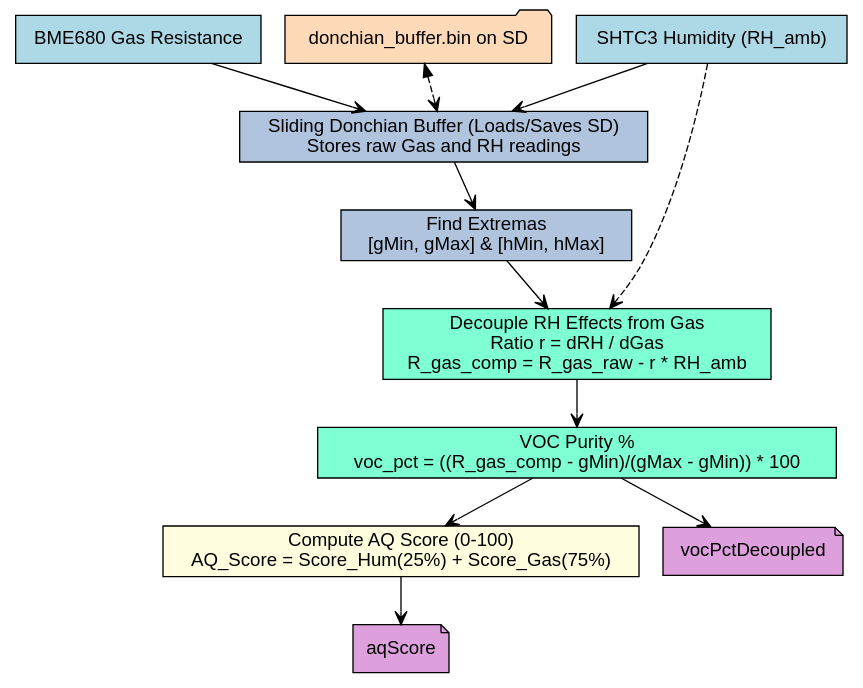
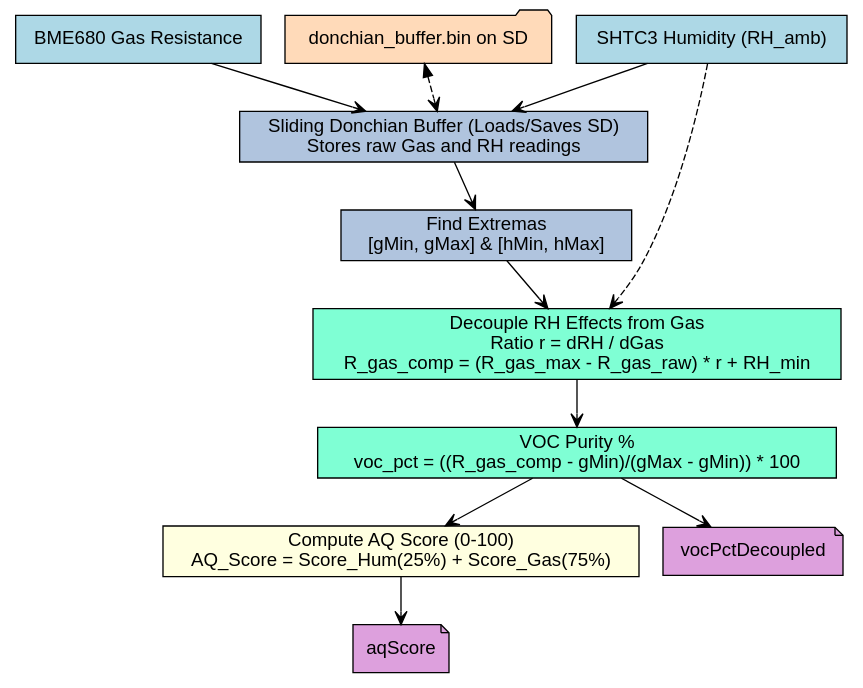
The diagram in docs/diagrams/cityairq_algo3_voc_aq.dot (Pollution-tracking/EnvSensor-firmware), drawn with Graphviz before and after one commit. The commit also changed 29 other files, not shown here.

Commit message:
docs: update README and all diagrams, update gitignore

```diff
--- a/docs/diagrams/cityairq_algo3_voc_aq.dot
+++ b/docs/diagrams/cityairq_algo3_voc_aq.dot
@@ -1,33 +1,33 @@
 digraph Algo3VocAQ {
     rankdir=TB;
     node [shape=box, style=filled, fontname="Helvetica"];
     edge [fontname="Helvetica", arrowhead=vee];
 
     // Inputs
     gas_raw [label="BME680 Gas Resistance", fillcolor="lightblue"];
     rh_amb [label="SHTC3 Humidity (RH_amb)", fillcolor="lightblue"];
     sd_file [label="donchian_buffer.bin on SD", shape=folder, fillcolor="peachpuff"];
 
     // Steps
     buffer_manage [label="Sliding Donchian Buffer (Loads/Saves SD)\nStores raw Gas and RH readings", fillcolor="lightsteelblue"];
     find_extrema [label="Find Extremas\n[gMin, gMax] & [hMin, hMax]", fillcolor="lightsteelblue"];
-    decouple_humidity [label="Decouple RH Effects from Gas\nRatio r = dRH / dGas\nR_gas_comp = R_gas_raw - r * RH_amb", fillcolor="aquamarine"];
+    decouple_humidity [label="Decouple RH Effects from Gas\nRatio r = dRH / dGas\nR_gas_comp = (R_gas_max - R_gas_raw) * r + RH_min", fillcolor="aquamarine"];
     calc_voc [label="VOC Purity %\nvoc_pct = ((R_gas_comp - gMin)/(gMax - gMin)) * 100", fillcolor="aquamarine"];
     calc_aq [label="Compute AQ Score (0-100)\nAQ_Score = Score_Hum(25%) + Score_Gas(75%)", fillcolor="lightyellow"];
 
     // Outputs
     voc_out [label="vocPctDecoupled", shape=note, fillcolor="plum"];
     aq_out [label="aqScore", shape=note, fillcolor="plum"];
 
     // Flow
     gas_raw -> buffer_manage;
     rh_amb -> buffer_manage;
     sd_file -> buffer_manage [style=dashed, dir=both];
     buffer_manage -> find_extrema;
     find_extrema -> decouple_humidity;
     rh_amb -> decouple_humidity [style=dashed];
     decouple_humidity -> calc_voc;
     calc_voc -> calc_aq;
     calc_voc -> voc_out;
     calc_aq -> aq_out;
 }
```
